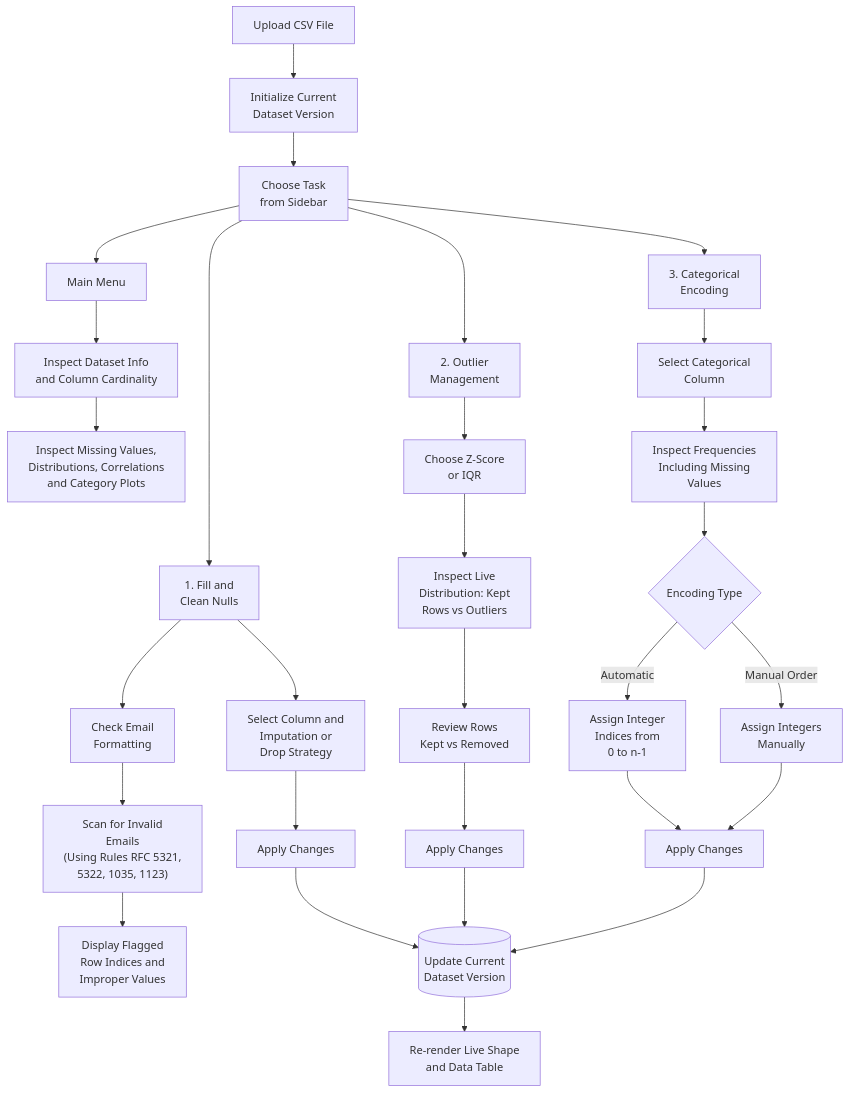
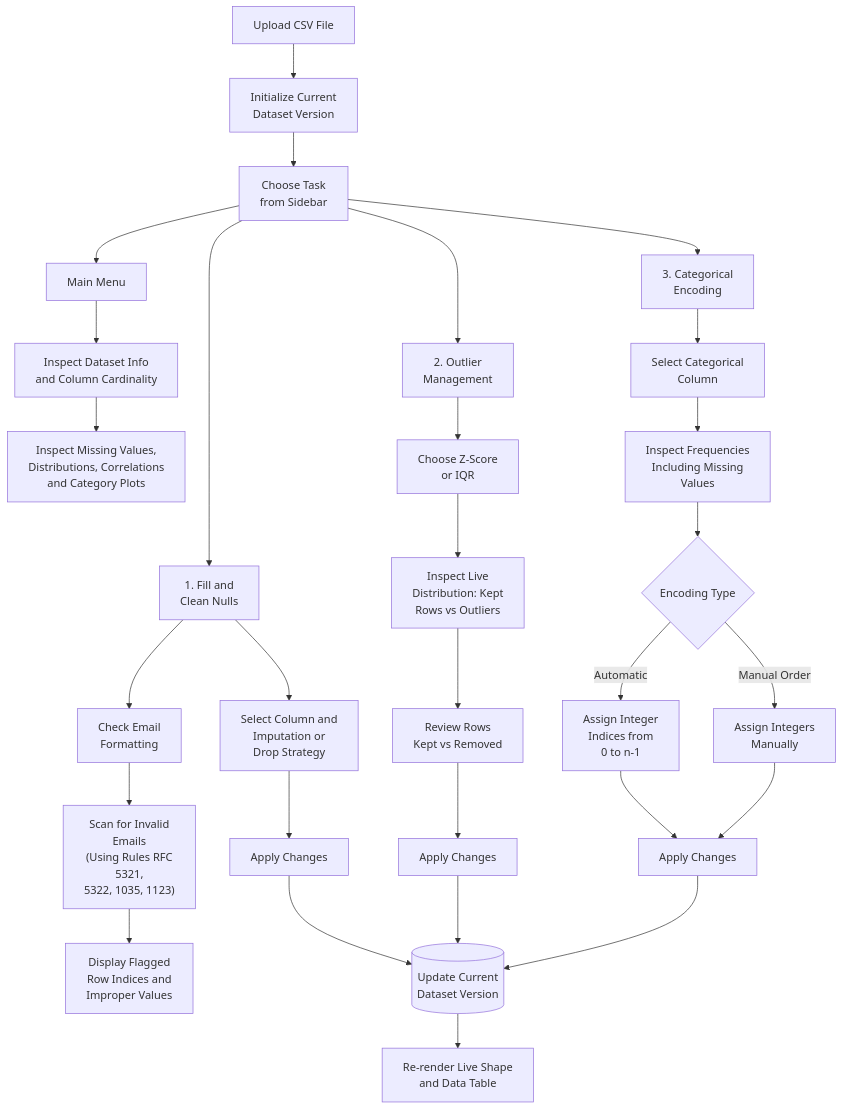
The second of 2 diagrams in README.md (aniketbhopale/DataLave), drawn with Mermaid before and after one commit.

Commit message:
minor changes

````diff
--- a/README.md
+++ b/README.md
@@ -71,40 +71,40 @@
 ```mermaid
 
 flowchart TD
     A["Upload CSV File"] --> B["Initialize Current<br/>Dataset Version"]
     B --> C["Choose Task<br/>from Sidebar"]
 
     C --> D["Main Menu"]
     C --> E["1. Fill and<br/>Clean Nulls"]
     C --> F["2. Outlier<br/>Management"]
     C --> G["3. Categorical<br/>Encoding"]
 
     D --> D1["Inspect Dataset Info<br/>and Column Cardinality"]
     D1 --> D2["Inspect Missing Values,<br/>Distributions, Correlations<br/>and Category Plots"]
 
     E --> E1["Select Column and<br/>Imputation or<br/>Drop Strategy"]
     E1 --> E2["Apply Changes"]
 
     E --> E3["Check Email<br/>Formatting"]
-    E3 --> E4["Scan for Invalid<br/>Emails<br/>(Using Rules RFC 5321,<br/>5322, 1035, 1123)"]
+    E3 --> E4["Scan for Invalid<br/>Emails<br/>(Using Rules RFC<br/>5321,<br/>5322, 1035, 1123)"]
     E4 --> E5["Display Flagged<br/>Row Indices and<br/>Improper Values"]
 
     F --> F1["Choose Z-Score<br/>or IQR"]
     F1 --> F2["Inspect Live<br/>Distribution: Kept<br/>Rows vs Outliers"]
     F2 --> F3["Review Rows<br/>Kept vs Removed"]
     F3 --> F4["Apply Changes"]
 
     G --> G1["Select Categorical<br/>Column"]
     G1 --> G2["Inspect Frequencies<br/>Including Missing<br/>Values"]
     G2 --> G3{"Encoding Type"}
     G3 -->|Automatic| G4["Assign Integer<br/>Indices from<br/>0 to n-1"]
     G3 -->|Manual Order| G5["Assign Integers<br/>Manually"]
     G4 --> G6["Apply Changes"]
     G5 --> G6
 
     E2 --> H[("Update Current<br/>Dataset Version")]
     F4 --> H
     G6 --> H
     H --> I["Re-render Live Shape<br/>and Data Table"]
 
 ```
````
